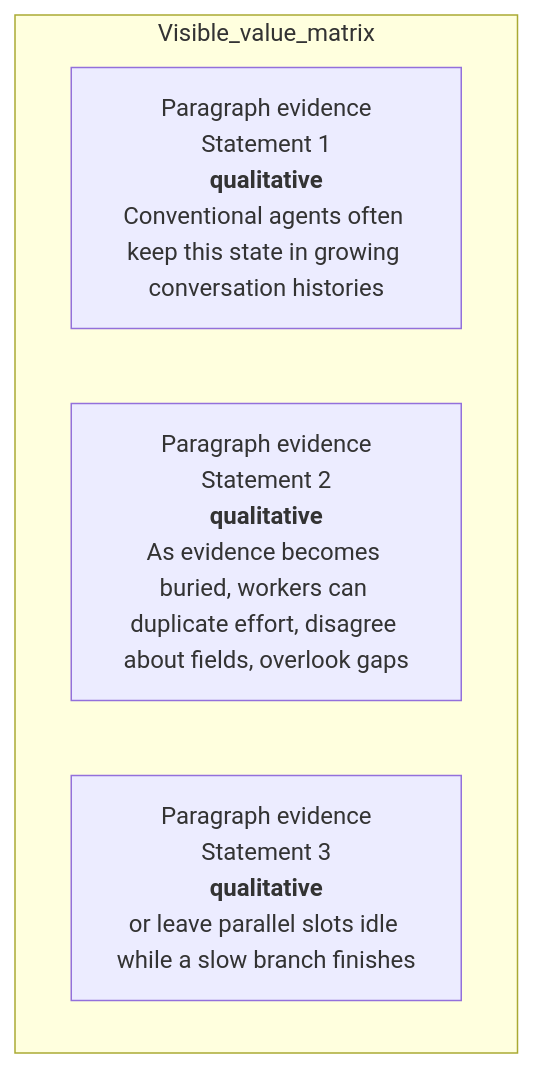
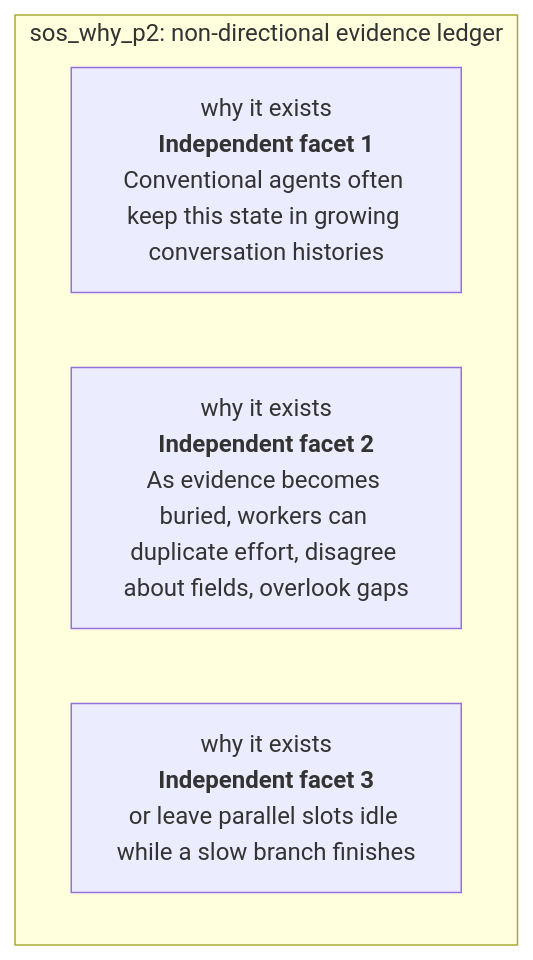
Before and after one commit to Betancourt1/paper_atlas: the fifth of 51 diagrams in docs/visual-manifests/VISUAL_MANIFEST_SEARCHOS_V1.md, drawn with Mermaid. The commit also changed other lines of this file and 7 other files, not shown here.

````diff
--- a/docs/visual-manifests/VISUAL_MANIFEST_SEARCHOS_V1.md
+++ b/docs/visual-manifests/VISUAL_MANIFEST_SEARCHOS_V1.md
@@ -356,8 +361,8 @@
 ```mermaid
 flowchart TB
-  subgraph Visible_value_matrix
-    r1["Paragraph evidence<br/>Statement 1<br/><b>qualitative</b><br/>Conventional agents often keep this state in growing conversation histories"]
-    r2["Paragraph evidence<br/>Statement 2<br/><b>qualitative</b><br/>As evidence becomes buried, workers can duplicate effort, disagree about fields, overlook gaps"]
-    r3["Paragraph evidence<br/>Statement 3<br/><b>qualitative</b><br/>or leave parallel slots idle while a slow branch finishes"]
+  subgraph Ledger["sos_why_p2: non-directional evidence ledger"]
+    r1["why it exists<br/><b>Independent facet 1</b><br/>Conventional agents often keep this state in growing conversation histories"]
+    r2["why it exists<br/><b>Independent facet 2</b><br/>As evidence becomes buried, workers can duplicate effort, disagree about fields, overlook gaps"]
+    r3["why it exists<br/><b>Independent facet 3</b><br/>or leave parallel slots idle while a slow branch finishes"]
   end
 ```
````
